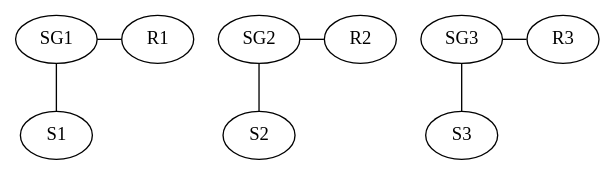
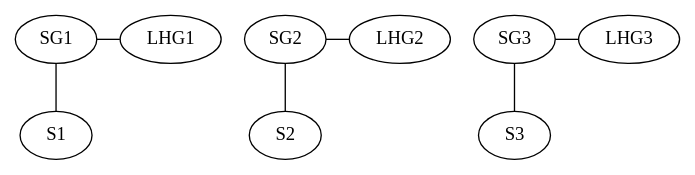
One commit to water/resources changed the diagram in report/fig/labgroup/strict_initstate.dot. Above: the diagram before and after it, drawn with Graphviz. The commit also changed 21 other files, not shown here.

Commit message:
R --> LHG in labgroup diagrams

```diff
--- a/report/fig/labgroup/strict_initstate.dot
+++ b/report/fig/labgroup/strict_initstate.dot
@@ -1,8 +1,8 @@
 graph G {
   SG1 -- S1
-  SG1 -- R1 [constraint=false]
+  SG1 -- LHG1 [constraint=false]
   SG2 -- S2
-  SG2 -- R2 [constraint=false]
+  SG2 -- LHG2 [constraint=false]
   SG3 -- S3
-  SG3 -- R3 [constraint=false]
+  SG3 -- LHG3 [constraint=false]
 }
```
